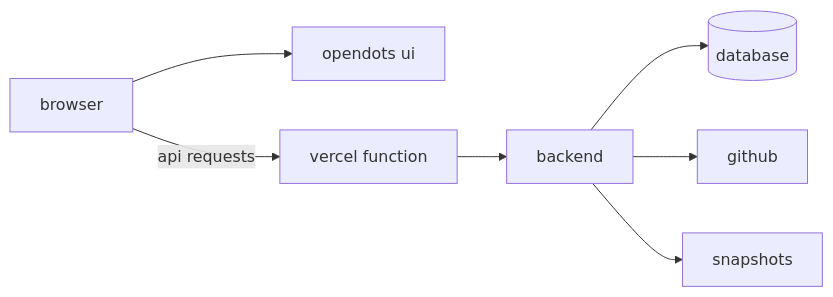
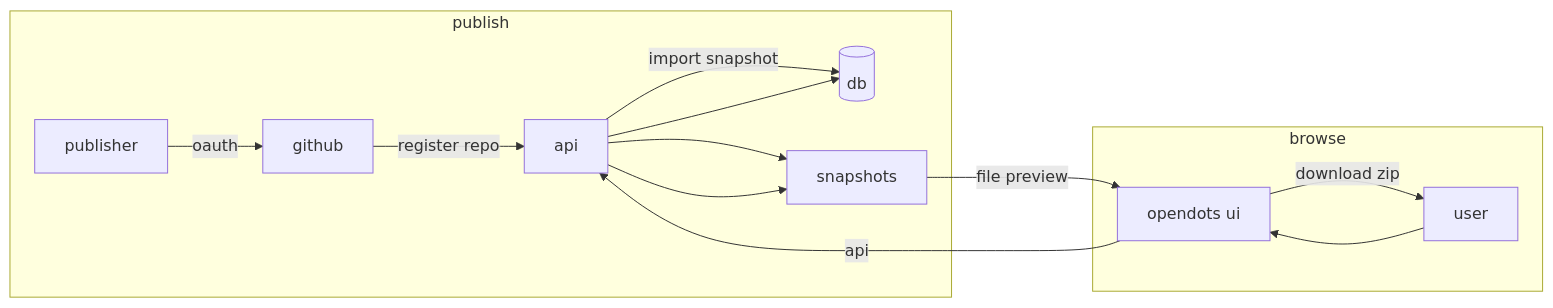
One commit to Microck/opendots changed the diagram in README.md. Above: the diagram before and after it, drawn with Mermaid. The commit also changed other lines of this file, not shown here.

````diff
--- a/README.md
+++ b/README.md
@@ -42,9 +42,18 @@
 ```mermaid
 flowchart LR
-  u[browser] --> site[opendots ui]
-  u -->|api requests| fn[vercel function]
-  fn --> app[backend]
-  app --> db[(database)]
-  app --> gh[github]
-  app --> snap[snapshots]
+  subgraph publish
+    p[publisher] -->|oauth| gh[github]
+    gh -->|register repo| api
+    api -->|import snapshot| db[(db)]
+    api --> snap[snapshots]
+  end
+
+  subgraph browse
+    u[user] --> site[opendots ui]
+    site -->|api| api
+    api --> db
+    api --> snap
+    snap -->|file preview| site
+    site -->|download zip| u
+  end
 ```
````
